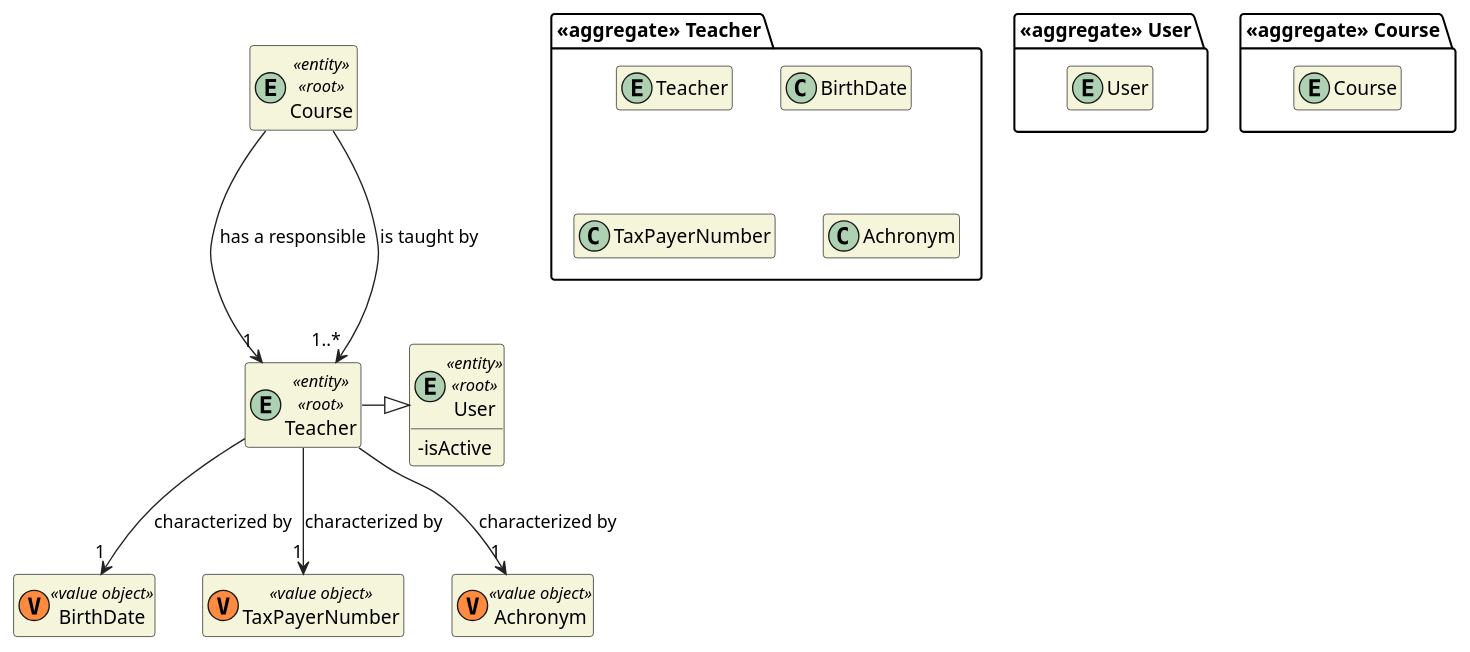
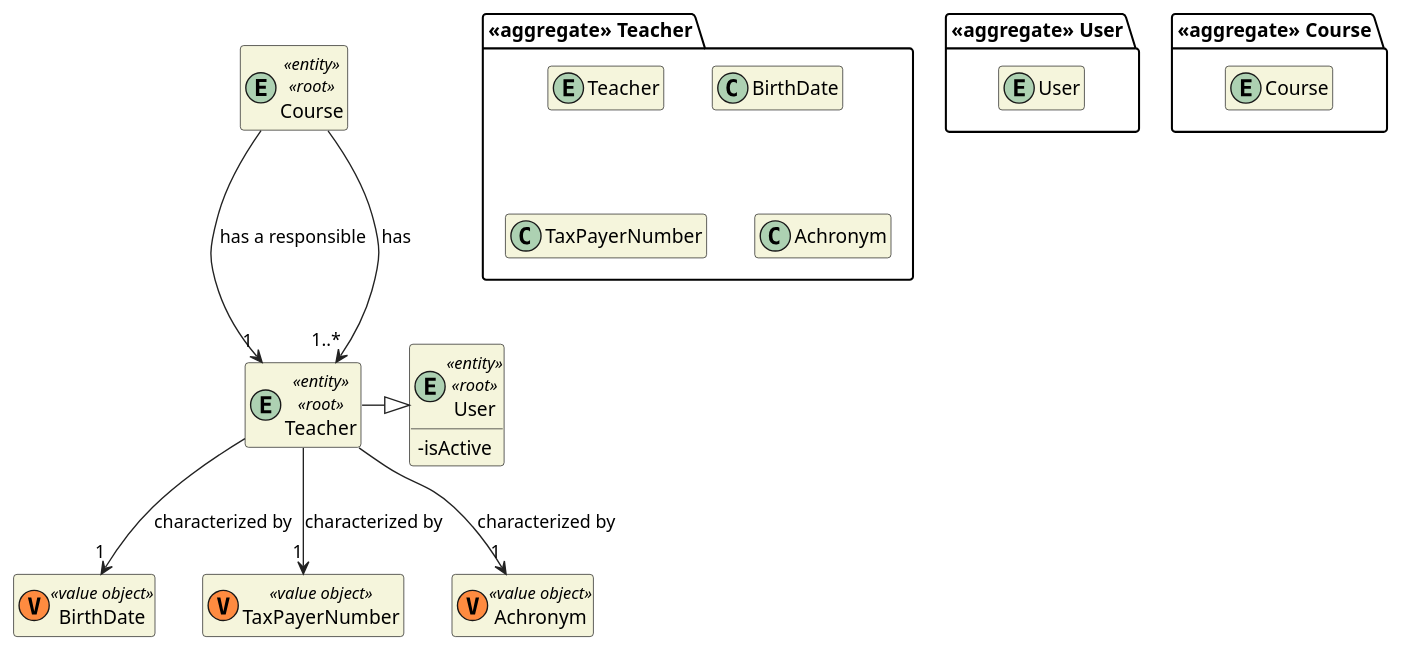
One commit to miseEnPlace-dev/lapr4 changed the diagram in docs/dm/DM_Teacher.puml. Above: the diagram before and after it, drawn with PlantUML. The commit also changed 1 other file, not shown here.

```diff
--- a/docs/dm/DM_Teacher.puml
+++ b/docs/dm/DM_Teacher.puml
@@ -1,49 +1,49 @@
 @startuml DM-TEACHER
 'https://plantuml.com/class-diagram
 
 skinparam classAttributeIconSize 0
 hide empty attributes
 hide empty methods
 skinparam classBackgroundColor beige
 skinparam ArrowColor #222222
 
 package "<<aggregate>> User" {
     entity User
 }
 
 entity User <<entity>> <<root>> {
   - isActive
 }
 
 package "<<aggregate>> Course" {
   entity Course
 }
 
 entity Course <<entity>> <<root>> {
 }
 
 package "<<aggregate>> Teacher" {
   entity Teacher
 
   class BirthDate
   class TaxPayerNumber
   class Achronym
 }
 
 entity Teacher <<entity>> <<root>> {
 }
 
 class BirthDate <<(V,#FF8B40) value object>> {}
 class TaxPayerNumber <<(V,#FF8B40) value object>> {}
 class Achronym <<(V,#FF8B40) value object>> {}
 
 Teacher --> "1" BirthDate : characterized by
 Teacher --> "1" TaxPayerNumber : characterized by
 Teacher --> "1" Achronym : characterized by
 
 Teacher -|> User
 
 Course --> "1" Teacher : has a responsible
-Course ---> "1..*" Teacher : is taught by
+Course ---> "1..*" Teacher : has
 
 @enduml
```
